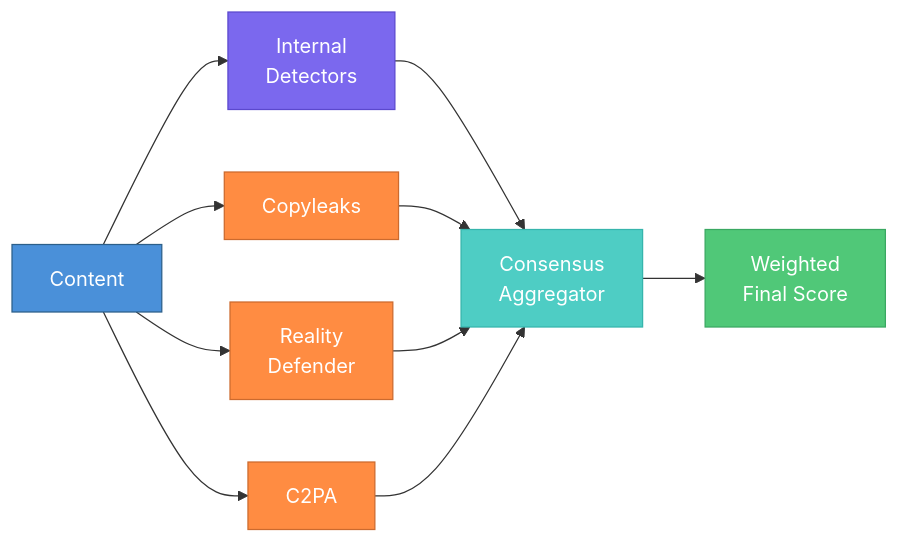
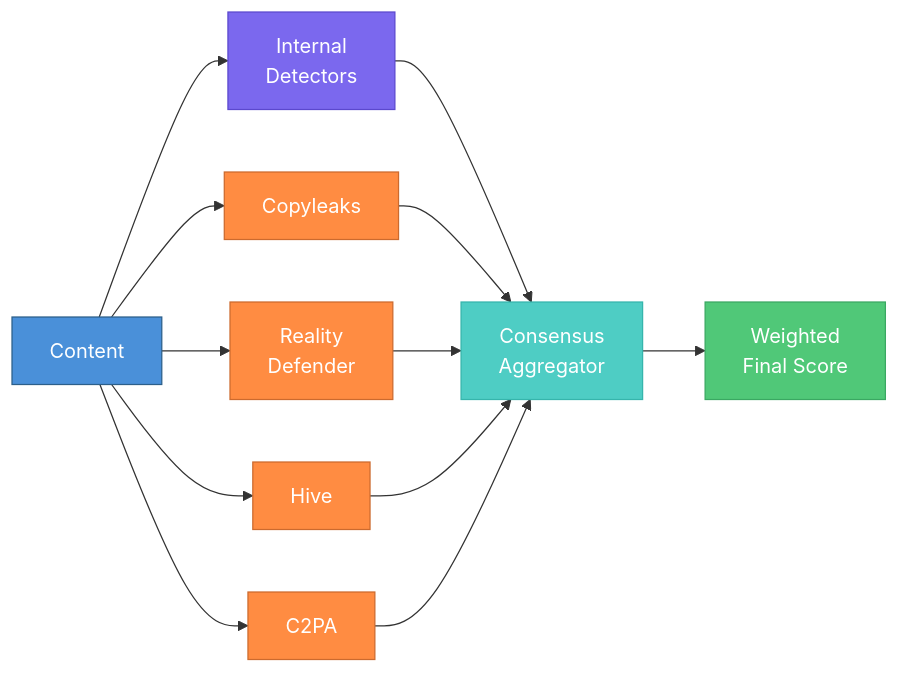
The fourth of 8 diagrams in README.md (ogulcanaydogan/AI-Provenance-Tracker), drawn with Mermaid before and after one commit. The commit also changed other lines of this file and 30 other files, not shown here.

````diff
--- a/README.md
+++ b/README.md
@@ -171,20 +171,23 @@
 ```mermaid
 graph LR
     A[Content] --> B[Internal<br/>Detectors]
     A --> C[Copyleaks]
     A --> D[Reality<br/>Defender]
-    A --> E[C2PA]
-    B --> F[Consensus<br/>Aggregator]
-    C --> F
-    D --> F
-    E --> F
-    F --> G[Weighted<br/>Final Score]
+    A --> E[Hive]
+    A --> F[C2PA]
+    B --> G[Consensus<br/>Aggregator]
+    C --> G
+    D --> G
+    E --> G
+    F --> G
+    G --> H[Weighted<br/>Final Score]
 
     style A fill:#4A90D9,stroke:#2C5F8A,color:#fff
     style B fill:#7B68EE,stroke:#5B48CE,color:#fff
     style C fill:#FF8C42,stroke:#CC6A2E,color:#fff
     style D fill:#FF8C42,stroke:#CC6A2E,color:#fff
     style E fill:#FF8C42,stroke:#CC6A2E,color:#fff
-    style F fill:#4ECDC4,stroke:#36B5AC,color:#fff
-    style G fill:#50C878,stroke:#3AA862,color:#fff
+    style F fill:#FF8C42,stroke:#CC6A2E,color:#fff
+    style G fill:#4ECDC4,stroke:#36B5AC,color:#fff
+    style H fill:#50C878,stroke:#3AA862,color:#fff
 ```
````
